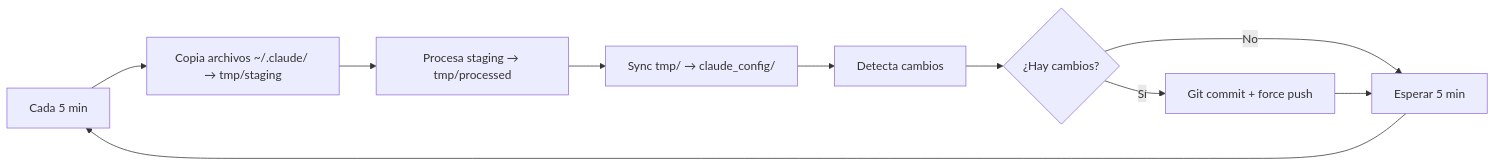
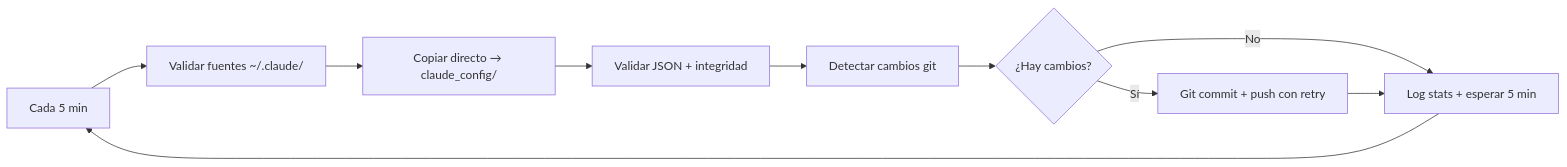
One commit to mihailmariusiondev/claude-code-config changed the diagram in README.md. Above: the diagram before and after it, drawn with Mermaid. The commit also changed other lines of this file, not shown here.

````diff
--- a/README.md
+++ b/README.md
@@ -97,12 +118,12 @@
 ```mermaid
 graph LR
-    A[Cada 5 min] --> B[Copia archivos ~/.claude/ → tmp/staging]
-    B --> C[Procesa staging → tmp/processed]
-    C --> D[Sync tmp/ → claude_config/]
-    D --> E[Detecta cambios]
+    A[Cada 5 min] --> B[Validar fuentes ~/.claude/]
+    B --> C[Copiar directo → claude_config/]
+    C --> D[Validar JSON + integridad]
+    D --> E[Detectar cambios git]
     E --> F{¿Hay cambios?}
-    F -->|Sí| G[Git commit + force push]
-    F -->|No| H[Esperar 5 min]
+    F -->|Sí| G[Git commit + push con retry]
+    F -->|No| H[Log stats + esperar 5 min]
     G --> H
     H --> A
 ```
````
